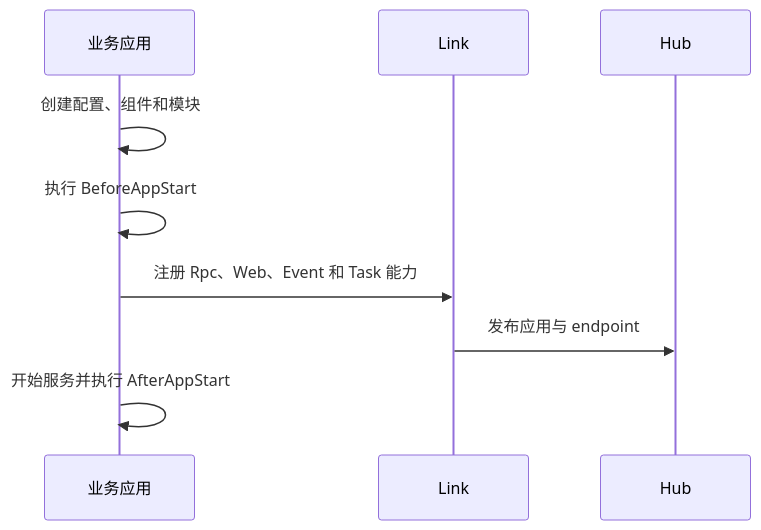
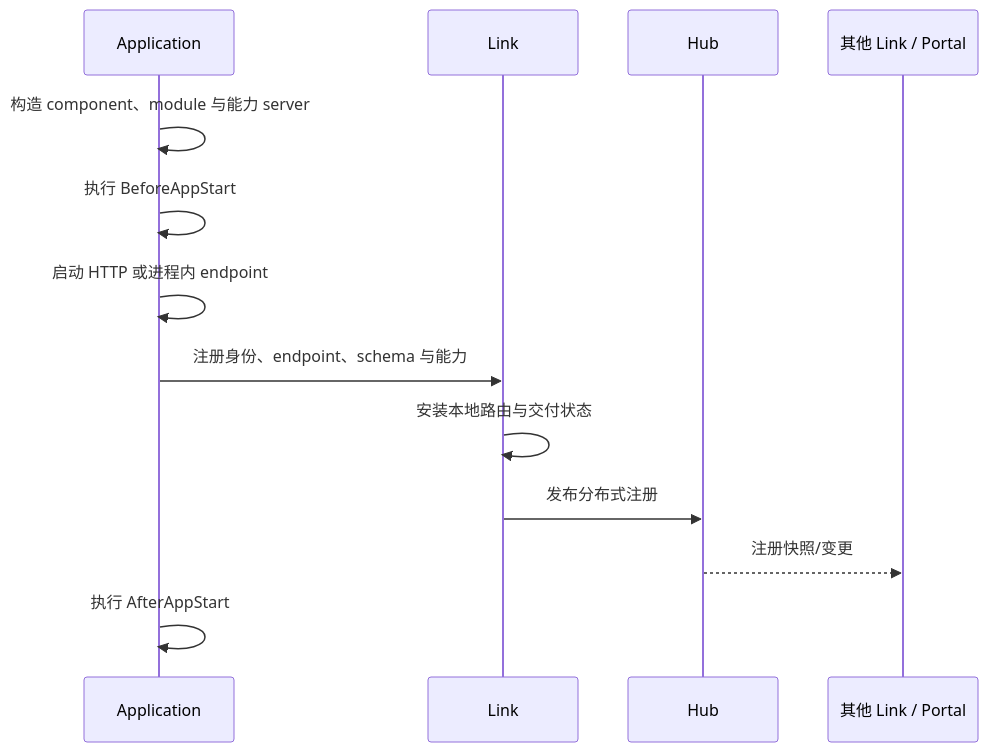
The second of 3 diagrams in i18n/zh-CN/docusaurus-plugin-content-docs/current/runtime/mechanisms.md (yorun-ai/vine-site), drawn with Mermaid before and after one commit. The commit also changed other lines of this file and 95 other files, not shown here.

````diff
--- a/i18n/zh-CN/docusaurus-plugin-content-docs/current/runtime/mechanisms.md
+++ b/i18n/zh-CN/docusaurus-plugin-content-docs/current/runtime/mechanisms.md
@@ -11,11 +83,16 @@
 ```mermaid
 sequenceDiagram
-  participant App as 业务应用
+  participant App as Application
   participant RuntimeLink as Link
   participant Hub
-  App->>App: 创建配置、组件和模块
+  participant Peer as 其他 Link / Portal
+
+  App->>App: 构造 component、module 与能力 server
   App->>App: 执行 BeforeAppStart
-  App->>RuntimeLink: 注册 Rpc、Web、Event 和 Task 能力
-  RuntimeLink->>Hub: 发布应用与 endpoint
-  App->>App: 开始服务并执行 AfterAppStart
+  App->>App: 启动 HTTP 或进程内 endpoint
+  App->>RuntimeLink: 注册身份、endpoint、schema 与能力
+  RuntimeLink->>RuntimeLink: 安装本地路由与交付状态
+  RuntimeLink->>Hub: 发布分布式注册
+  Hub-->>Peer: 注册快照/变更
+  App->>App: 执行 AfterAppStart
 ```
````
